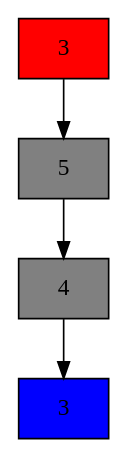
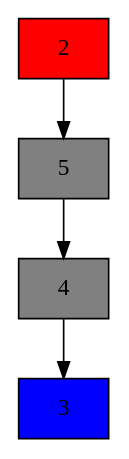
The diagram in graficos/pila1.dot (JoseTg1904/ConferenciaEDDLineales), drawn with Graphviz before and after one commit. The commit also changed 9 other files, not shown here.

```diff
--- a/graficos/pila1.dot
+++ b/graficos/pila1.dot
@@ -1,10 +1,10 @@
 digraph grafico{
 node [style = "filled" shape = "box"]
-"<clases.nodo.Nodo object at 0x000001702EB27790>" [label = "3" fillcolor = "red"]
-"<clases.nodo.Nodo object at 0x000001702EB27790>" -> "<clases.nodo.Nodo object at 0x000001702EB27730>"
-"<clases.nodo.Nodo object at 0x000001702EB27730>" [label = "5" fillcolor = "gray"]
-"<clases.nodo.Nodo object at 0x000001702EB27730>" -> "<clases.nodo.Nodo object at 0x000001702EB277F0>"
-"<clases.nodo.Nodo object at 0x000001702EB277F0>" [label = "4" fillcolor = "gray"]
-"<clases.nodo.Nodo object at 0x000001702EB277F0>" -> "<clases.nodo.Nodo object at 0x000001702EB27F70>"
-"<clases.nodo.Nodo object at 0x000001702EB27F70>" [label = "3" fillcolor = "blue"]
+"<clases.nodo.Nodo object at 0x7fb0f6a14070>" [label = "2" fillcolor = "red"]
+"<clases.nodo.Nodo object at 0x7fb0f6a14070>" -> "<clases.nodo.Nodo object at 0x7fb0f6a89be0>"
+"<clases.nodo.Nodo object at 0x7fb0f6a89be0>" [label = "5" fillcolor = "gray"]
+"<clases.nodo.Nodo object at 0x7fb0f6a89be0>" -> "<clases.nodo.Nodo object at 0x7fb0f6a899a0>"
+"<clases.nodo.Nodo object at 0x7fb0f6a899a0>" [label = "4" fillcolor = "gray"]
+"<clases.nodo.Nodo object at 0x7fb0f6a899a0>" -> "<clases.nodo.Nodo object at 0x7fb0f6aadd90>"
+"<clases.nodo.Nodo object at 0x7fb0f6aadd90>" [label = "3" fillcolor = "blue"]
 }
```
